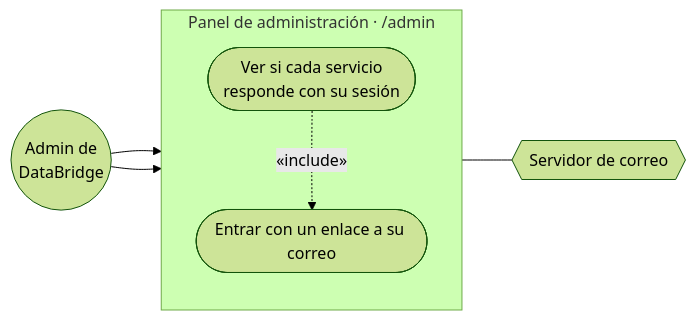
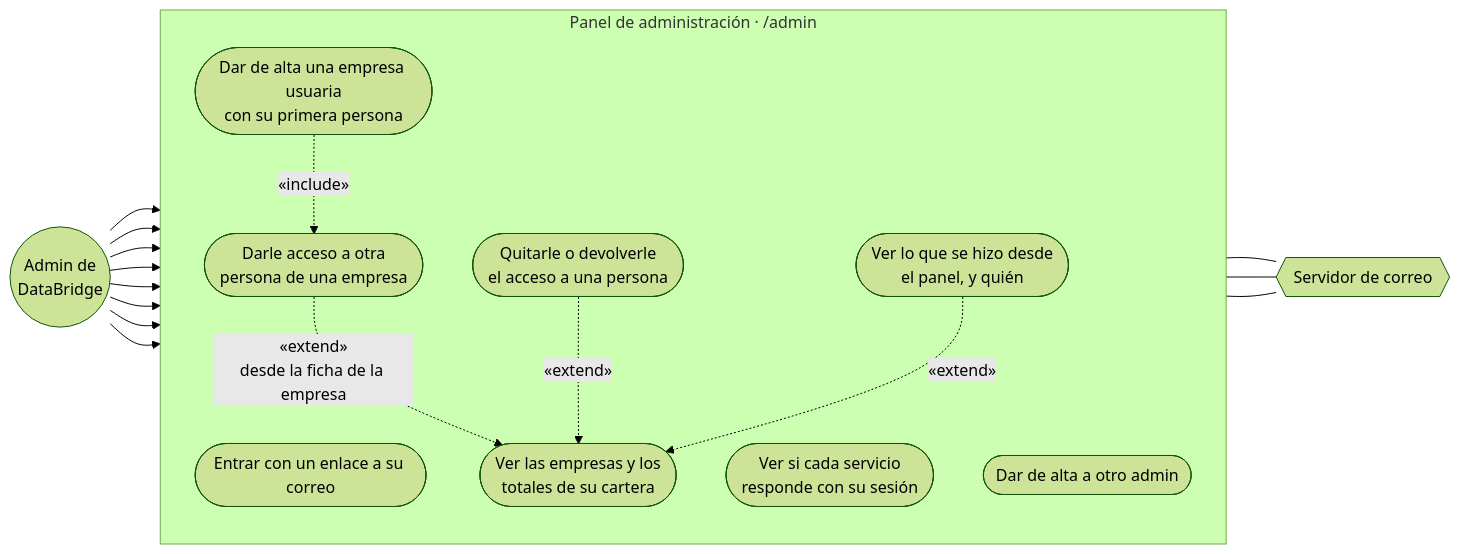
Before and after one commit to TechnicalBridge/DataBridge: the fourth of 6 diagrams in docs/diagramas/casos-de-uso.md, drawn with Mermaid (forest theme). The commit also changed other lines of this file and 62 other files, not shown here.

First line of the commit message:
feat(ms-auth, ms-debt, portal): Empresas usuarias y sus personas, desde el panel de administración

````diff
--- a/docs/diagramas/casos-de-uso.md
+++ b/docs/diagramas/casos-de-uso.md
@@ -193,13 +195,24 @@
 ```mermaid
 flowchart LR
     ADM(("Admin de<br/>DataBridge"))
     subgraph PAN["Panel de administración · /admin"]
         direction TB
         A1(["Entrar con un enlace a su correo"])
         A2(["Ver si cada servicio<br/>responde con su sesión"])
+        A3(["Ver las empresas y los<br/>totales de su cartera"])
+        A4(["Dar de alta una empresa usuaria<br/>con su primera persona"])
+        A5(["Darle acceso a otra<br/>persona de una empresa"])
+        A6(["Quitarle o devolverle<br/>el acceso a una persona"])
+        A7(["Dar de alta a otro admin"])
+        A8(["Ver lo que se hizo desde<br/>el panel, y quién"])
     end
     COR{{"Servidor de correo"}}
-    ADM --> A1 & A2
-    A2 -. "«include»" .-> A1
+    ADM --> A1 & A2 & A3 & A4 & A5 & A6 & A7 & A8
+    A4 -. "«include»" .-> A5
+    A5 -. "«extend»<br/>desde la ficha de la empresa" .-> A3
+    A6 -. "«extend»" .-> A3
+    A8 -. "«extend»" .-> A3
     A1 --- COR
+    A5 --- COR
+    A7 --- COR
 ```
````
